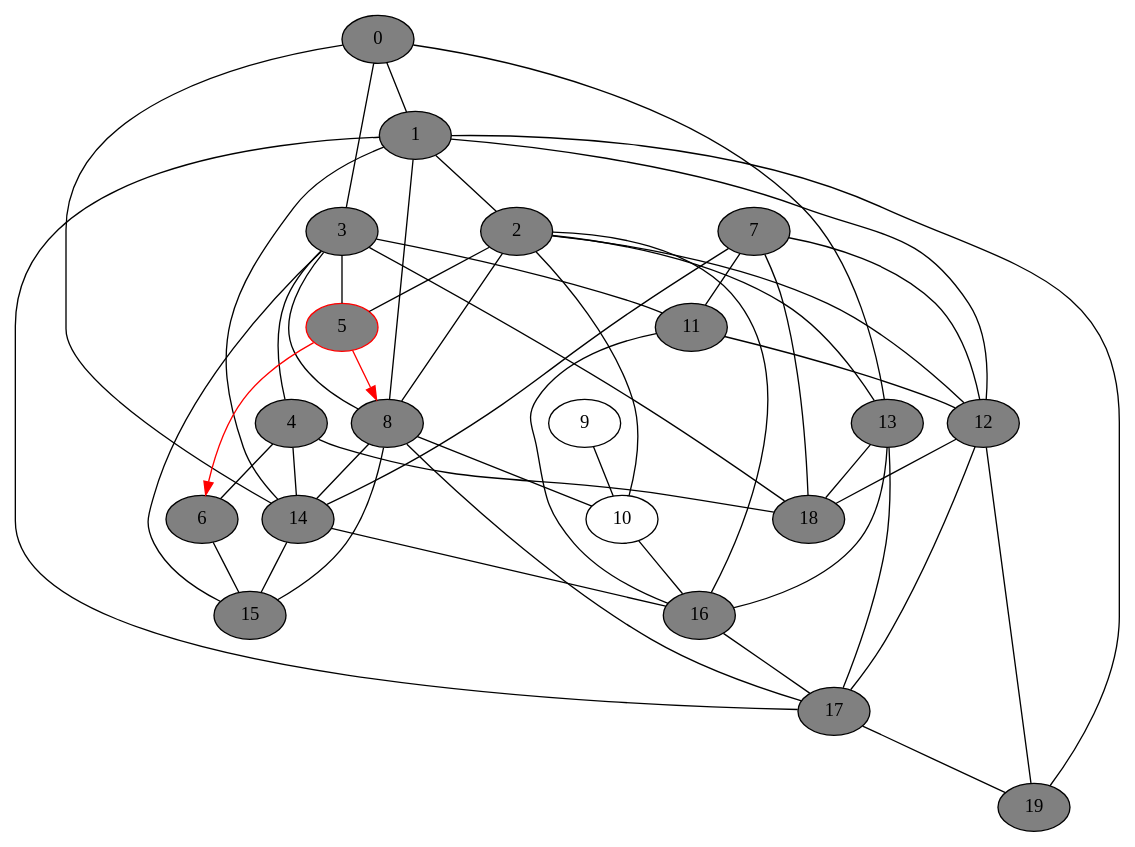
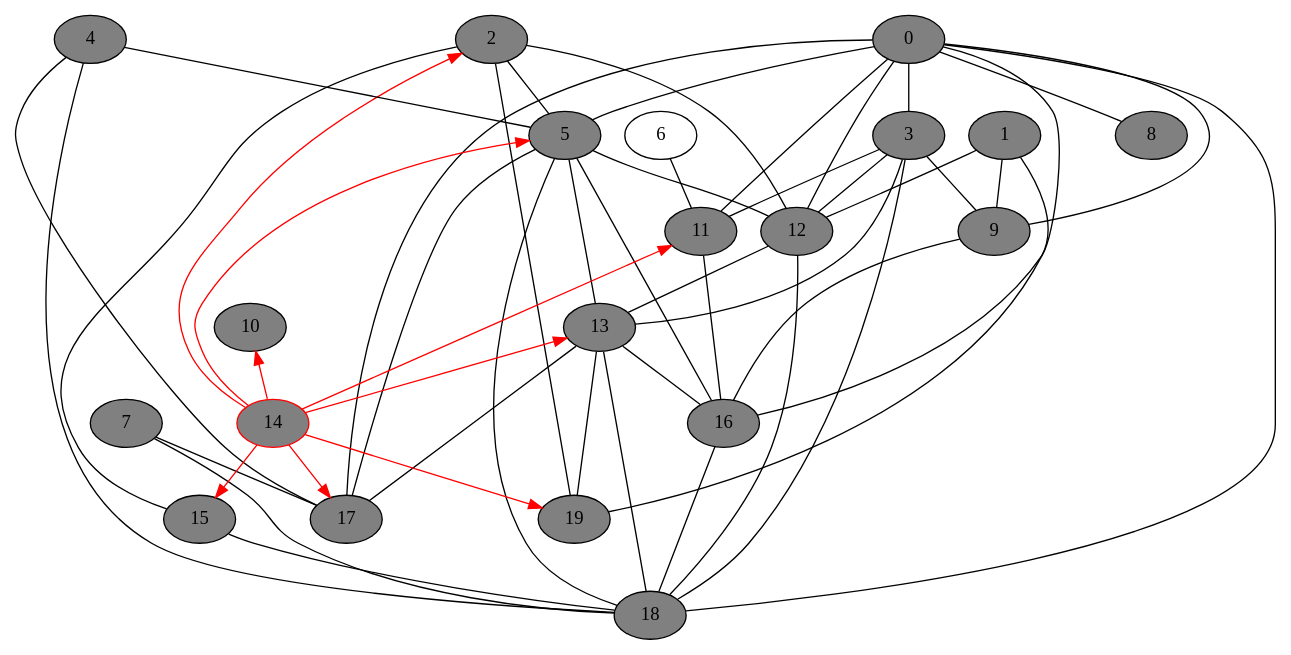
One commit to DSMishler/EBA_models changed the diagram in gv_graphs/nxt0029.dot. Above: the diagram before and after it, drawn with Graphviz. The commit also changed 704 other files, not shown here.

```diff
--- a/gv_graphs/nxt0029.dot
+++ b/gv_graphs/nxt0029.dot
@@ -1,74 +1,74 @@
 // network test graph
 digraph
 {
 	0 [fillcolor=gray,style=filled,]
 	1 [fillcolor=gray,style=filled,]
 	2 [fillcolor=gray,style=filled,]
 	3 [fillcolor=gray,style=filled,]
 	4 [fillcolor=gray,style=filled,]
-	5 [fillcolor=gray,style=filled,color=red,]
-	6 [fillcolor=gray,style=filled,]
+	5 [fillcolor=gray,style=filled,]
+	6 []
 	7 [fillcolor=gray,style=filled,]
 	8 [fillcolor=gray,style=filled,]
-	9 []
-	10 []
+	9 [fillcolor=gray,style=filled,]
+	10 [fillcolor=gray,style=filled,]
 	11 [fillcolor=gray,style=filled,]
 	12 [fillcolor=gray,style=filled,]
 	13 [fillcolor=gray,style=filled,]
-	14 [fillcolor=gray,style=filled,]
+	14 [fillcolor=gray,style=filled,color=red,]
 	15 [fillcolor=gray,style=filled,]
 	16 [fillcolor=gray,style=filled,]
 	17 [fillcolor=gray,style=filled,]
 	18 [fillcolor=gray,style=filled,]
 	19 [fillcolor=gray,style=filled,]
-	0 -> 1 [dir=none]
 	0 -> 3 [dir=none]
-	0 -> 13 [dir=none]
-	0 -> 14 [dir=none]
-	1 -> 2 [dir=none]
-	1 -> 8 [dir=none]
+	0 -> 5 [dir=none]
+	0 -> 8 [dir=none]
+	0 -> 9 [dir=none]
+	0 -> 11 [dir=none]
+	0 -> 12 [dir=none]
+	0 -> 16 [dir=none]
+	0 -> 17 [dir=none]
+	0 -> 18 [dir=none]
+	1 -> 9 [dir=none]
 	1 -> 12 [dir=none]
-	1 -> 14 [dir=none]
-	1 -> 17 [dir=none]
 	1 -> 19 [dir=none]
 	2 -> 5 [dir=none]
-	2 -> 8 [dir=none]
-	2 -> 10 [dir=none]
 	2 -> 12 [dir=none]
-	2 -> 13 [dir=none]
-	2 -> 16 [dir=none]
-	3 -> 4 [dir=none]
-	3 -> 5 [dir=none]
-	3 -> 8 [dir=none]
+	2 -> 14 [dir=back,color=red,]
+	2 -> 15 [dir=none]
+	2 -> 19 [dir=none]
+	3 -> 9 [dir=none]
 	3 -> 11 [dir=none]
-	3 -> 15 [dir=none]
+	3 -> 12 [dir=none]
+	3 -> 13 [dir=none]
 	3 -> 18 [dir=none]
-	4 -> 6 [dir=none]
-	4 -> 14 [dir=none]
+	4 -> 5 [dir=none]
+	4 -> 17 [dir=none]
 	4 -> 18 [dir=none]
-	5 -> 6 [dir=forward,color=red,]
-	5 -> 8 [dir=forward,color=red,]
-	6 -> 15 [dir=none]
-	7 -> 11 [dir=none]
-	7 -> 12 [dir=none]
-	7 -> 14 [dir=none]
+	5 -> 12 [dir=none]
+	5 -> 13 [dir=none]
+	5 -> 14 [dir=back,color=red,]
+	5 -> 16 [dir=none]
+	5 -> 17 [dir=none]
+	5 -> 18 [dir=none]
+	6 -> 11 [dir=none]
+	7 -> 17 [dir=none]
 	7 -> 18 [dir=none]
-	8 -> 10 [dir=none]
-	8 -> 14 [dir=none]
-	8 -> 15 [dir=none]
-	8 -> 17 [dir=none]
-	9 -> 10 [dir=none]
-	10 -> 16 [dir=none]
-	11 -> 12 [dir=none]
+	9 -> 16 [dir=none]
+	10 -> 14 [dir=back,color=red,]
+	11 -> 14 [dir=back,color=red,]
 	11 -> 16 [dir=none]
-	12 -> 17 [dir=none]
+	12 -> 13 [dir=none]
 	12 -> 18 [dir=none]
-	12 -> 19 [dir=none]
+	13 -> 14 [dir=back,color=red,]
 	13 -> 16 [dir=none]
 	13 -> 17 [dir=none]
 	13 -> 18 [dir=none]
-	14 -> 15 [dir=none]
-	14 -> 16 [dir=none]
-	16 -> 17 [dir=none]
-	17 -> 19 [dir=none]
+	13 -> 19 [dir=none]
+	14 -> 15 [dir=forward,color=red,]
+	14 -> 17 [dir=forward,color=red,]
+	14 -> 19 [dir=forward,color=red,]
+	15 -> 18 [dir=none]
+	16 -> 18 [dir=none]
 }
```
